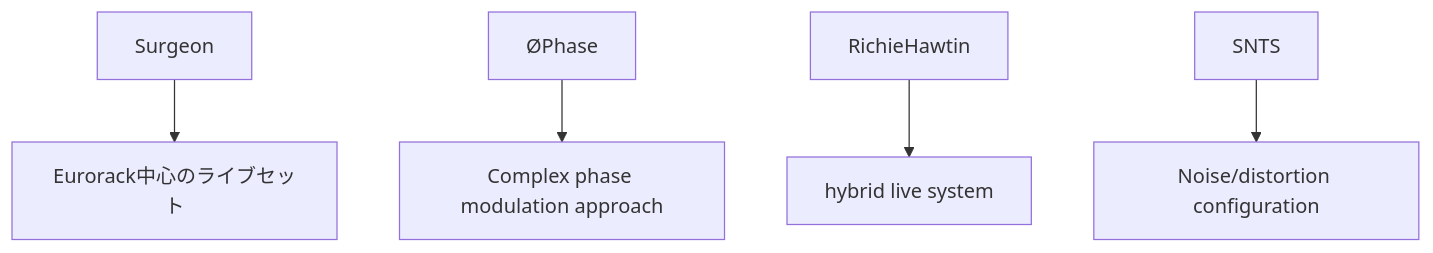
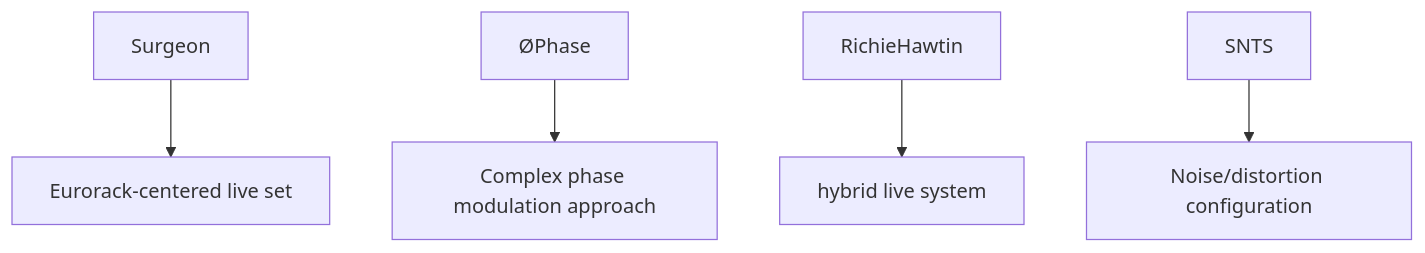
Before and after one commit to monumental-movement/monumental-movement.github.io: the fourth of 12 diagrams in en/_posts/2025-11-30-column-modular-techno.md, drawn with Mermaid. The commit also changed other lines of this file and 851 other files, not shown here.

```diff
--- a/en/_posts/2025-11-30-column-modular-techno.md
+++ b/en/_posts/2025-11-30-column-modular-techno.md
@@ -117,7 +117,7 @@
 <div class="mermaid">
 graph TD
-    Surgeon --> Eurorack[Eurorack中心のライブセット]
+    Surgeon --> Eurorack[Eurorack-centered live set]
     ØPhase --> PhaseMod[Complex phase modulation approach]
     RichieHawtin --> HybridSet[hybrid live system]
     SNTS --> NoiseStack[Noise/distortion configuration]
 </div>
```
